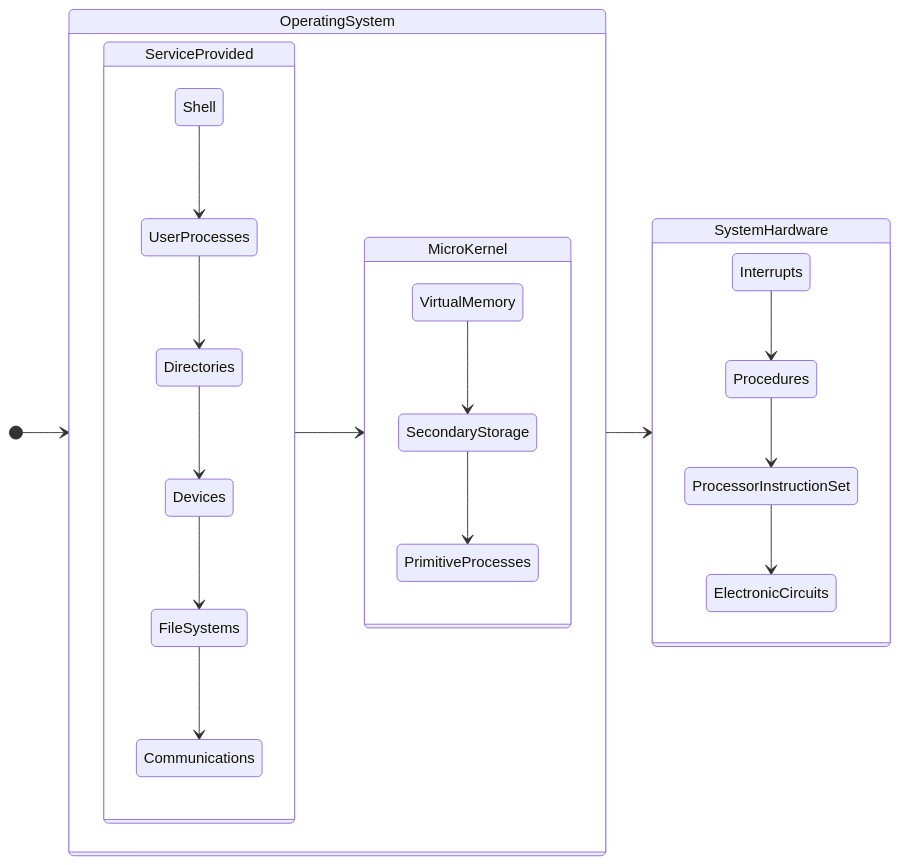
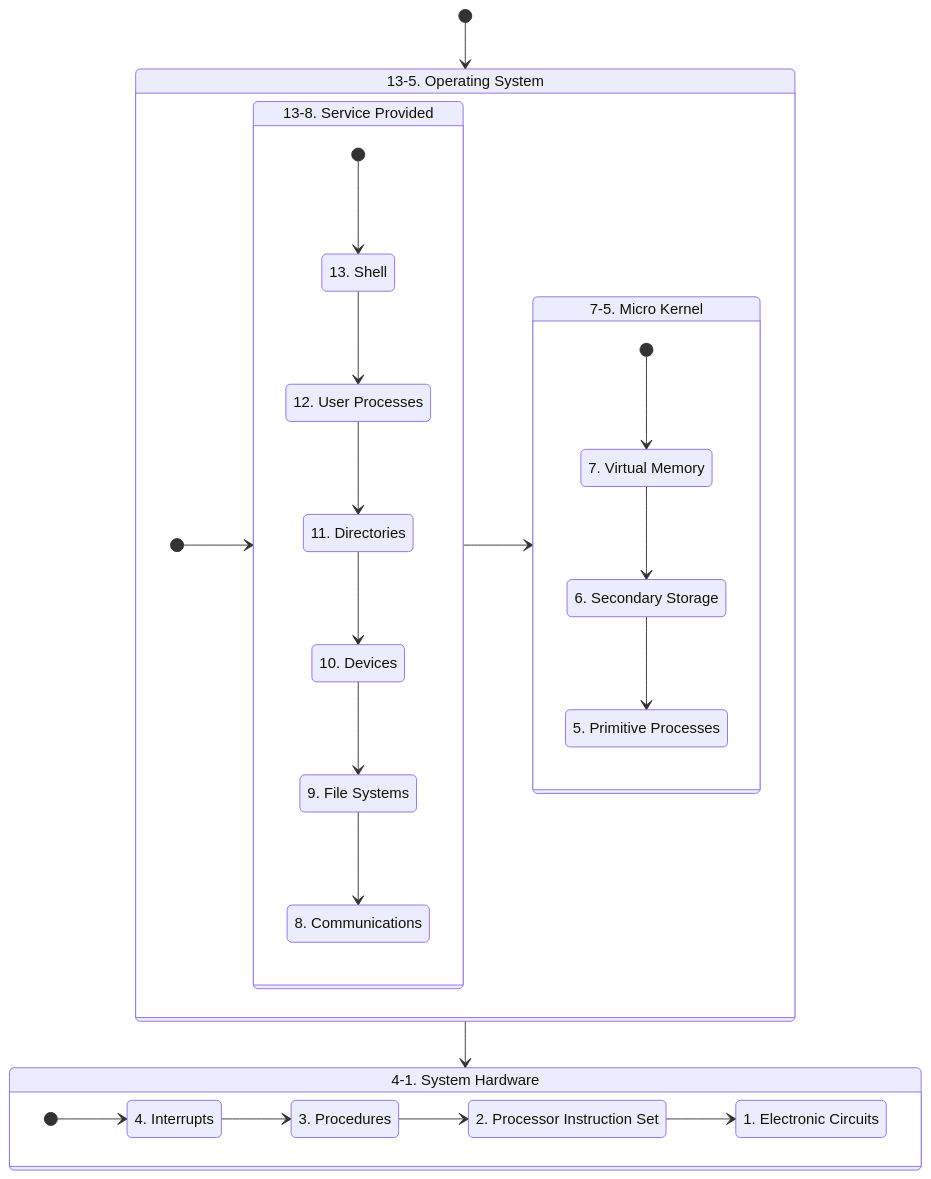
Before and after one commit to SiegeSailor/vault-personal: the second of 4 diagrams in master-notes/NOTE/docs/6@computer/3@operating-system.md, drawn with Mermaid. The commit also changed other lines of this file and 7 other files, not shown here.

Commit message:
Modify all state diagram Add operation-system content

````diff
--- a/master-notes/NOTE/docs/6@computer/3@operating-system.md
+++ b/master-notes/NOTE/docs/6@computer/3@operating-system.md
@@ -52,27 +31,50 @@
 ```mermaid
 stateDiagram-v2
-    direction LR
+    direction TB
+    OperatingSystem: 13-5. Operating System
+    ServiceProvided: 13-8. Service Provided
+    MicroKernel: 7-5. Micro Kernel
+    SystemHardware: 4-1. System Hardware
+    Shell: 13. Shell
+    UserProcesses: 12. User Processes
+    Directories: 11. Directories
+    Devices: 10. Devices
+    FileSystems: 9. File Systems
+    Communications: 8. Communications
+    VirtualMemory: 7. Virtual Memory
+    SecondaryStorage: 6. Secondary Storage
+    PrimitiveProcesses: 5. Primitive Processes
+    Interrupts: 4. Interrupts
+    Procedures: 3. Procedures
+    ProcessorInstructionSet: 2. Processor Instruction Set
+    ElectronicCircuits: 1. Electronic Circuits
+
     [*] --> OperatingSystem
     state OperatingSystem {
         direction LR
+        [*] --> ServiceProvided
         ServiceProvided --> MicroKernel
     }
     state ServiceProvided {
         direction TB
+        [*] --> Shell
         Shell --> UserProcesses
         UserProcesses --> Directories
         Directories --> Devices
         Devices --> FileSystems
         FileSystems --> Communications
     }
     state MicroKernel {
+        [*] --> VirtualMemory
         VirtualMemory --> SecondaryStorage
         SecondaryStorage --> PrimitiveProcesses
     }
     OperatingSystem --> SystemHardware
     state SystemHardware {
+        direction LR
+        [*] --> Interrupts
         Interrupts --> Procedures
         Procedures --> ProcessorInstructionSet
         ProcessorInstructionSet --> ElectronicCircuits
     }
 ```
````
